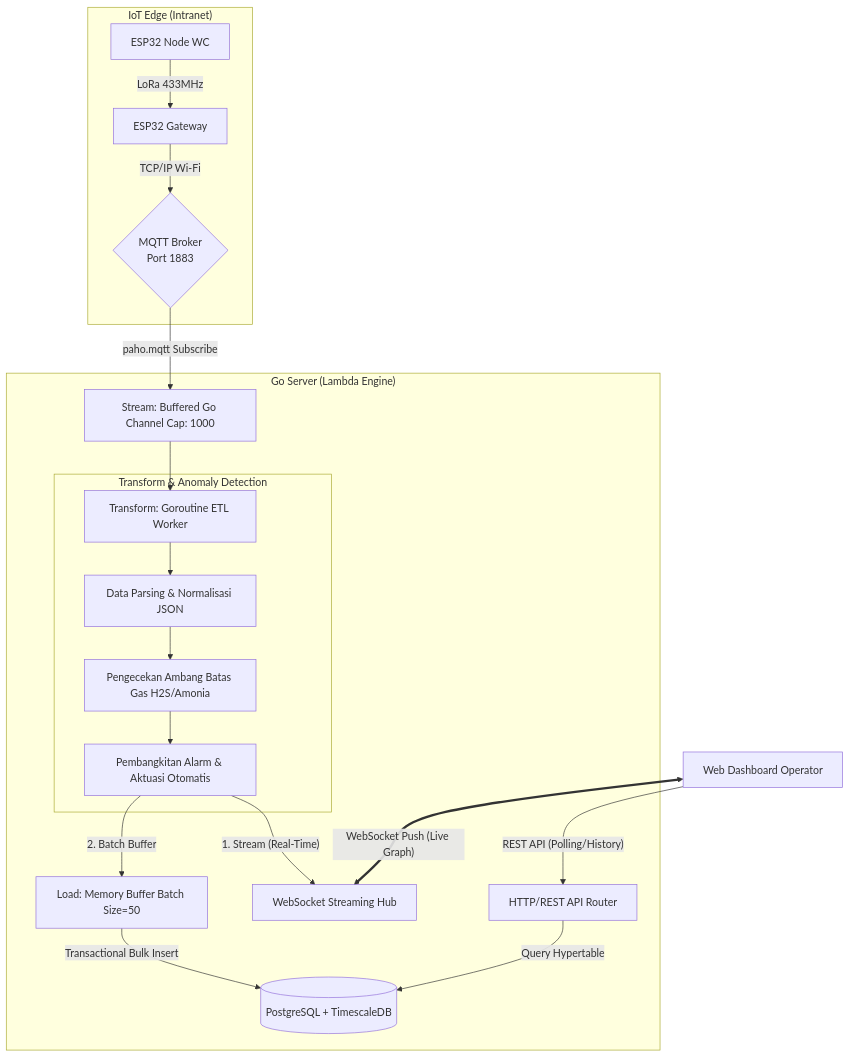
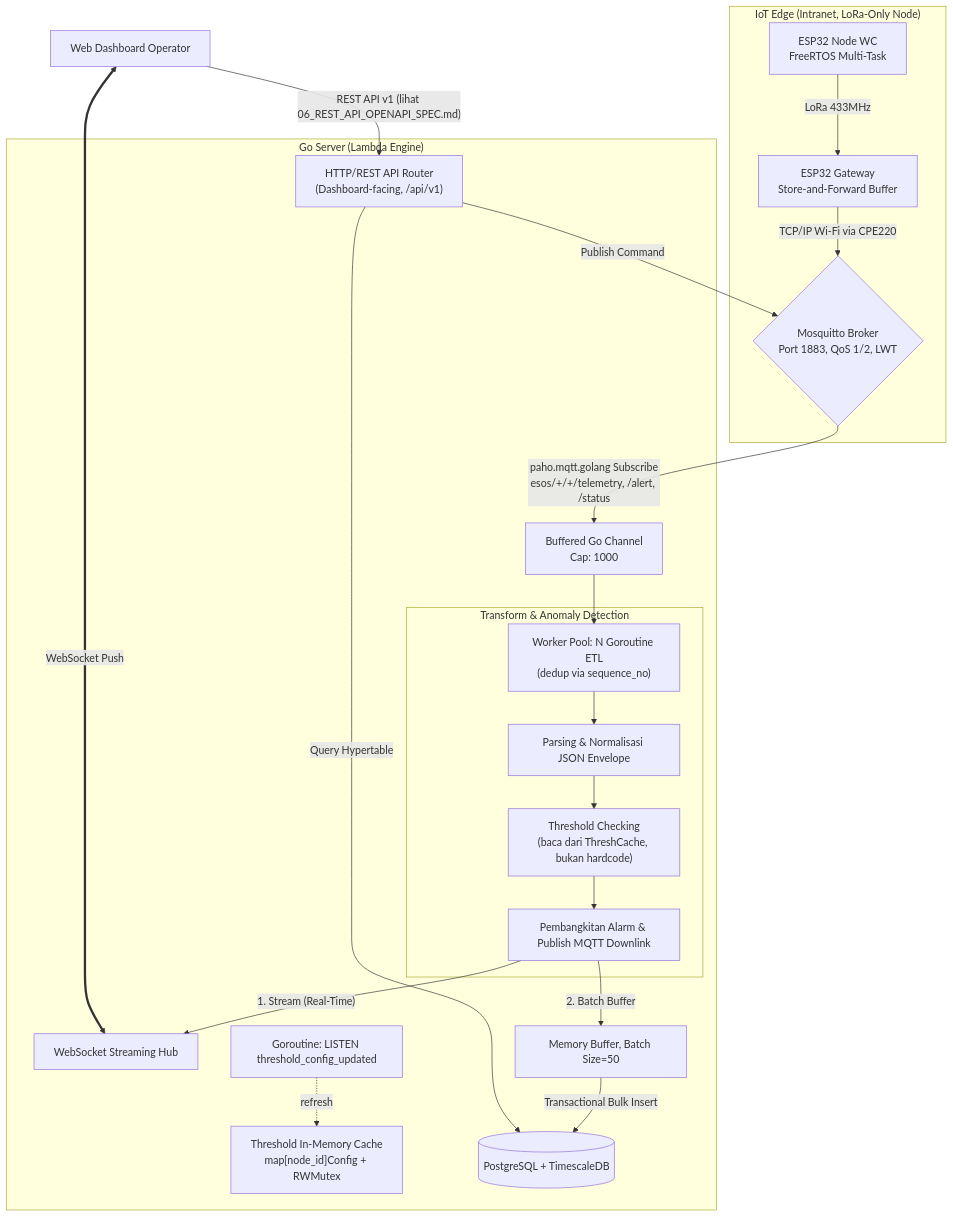
Before and after one commit to DHard4114/DESPRO-4: the first of 2 diagrams in docs/architecture/02_BACKEND_ETL_AND_API_ARCHITECTURE.md, drawn with Mermaid. The commit also changed other lines of this file and 10 other files, not shown here.

````diff
--- a/docs/architecture/02_BACKEND_ETL_AND_API_ARCHITECTURE.md
+++ b/docs/architecture/02_BACKEND_ETL_AND_API_ARCHITECTURE.md
@@ -45,29 +27,34 @@
 ```mermaid
 flowchart TD
-    subgraph IoT_Edge ["IoT Edge (Intranet)"]
-        Node["ESP32 Node WC"] -- "LoRa 433MHz" --> Gateway["ESP32 Gateway"]
-        Gateway -- "TCP/IP Wi-Fi" --> Mosquitto{"MQTT Broker<br>Port 1883"}
+    subgraph IoT_Edge ["IoT Edge (Intranet, LoRa-Only Node)"]
+        Node["ESP32 Node WC<br>FreeRTOS Multi-Task"] -- "LoRa 433MHz" --> Gateway["ESP32 Gateway<br>Store-and-Forward Buffer"]
+        Gateway -- "TCP/IP Wi-Fi via CPE220" --> Mosquitto{"Mosquitto Broker<br>Port 1883, QoS 1/2, LWT"}
     end
 
     subgraph Go_Backend ["Go Server (Lambda Engine)"]
-        Mosquitto -- "paho.mqtt Subscribe" --> InQueue["Stream: Buffered Go Channel Cap: 1000"]
-        Router["HTTP/REST API Router"]
+        Mosquitto -- "paho.mqtt.golang Subscribe<br>esos/+/+/telemetry, /alert, /status" --> InQueue["Buffered Go Channel<br>Cap: 1000"]
+        Router["HTTP/REST API Router<br>(Dashboard-facing, /api/v1)"]
         WSHub["WebSocket Streaming Hub"]
-        
-        InQueue --> Worker["Transform: Goroutine ETL Worker"]
-        
+        ThreshCache["Threshold In-Memory Cache<br>map[node_id]Config + RWMutex"]
+        PgListen["Goroutine: LISTEN threshold_config_updated"]
+
+        InQueue --> WorkerPool["Worker Pool: N Goroutine ETL<br>(dedup via sequence_no)"]
+
         subgraph TransformStage ["Transform & Anomaly Detection"]
-            Worker --> Calib["Data Parsing & Normalisasi JSON"]
-            Calib --> Anomaly["Pengecekan Ambang Batas Gas H2S/Amonia"]
-            Anomaly --> AlertGen["Pembangkitan Alarm & Aktuasi Otomatis"]
+            WorkerPool --> Calib["Parsing & Normalisasi JSON Envelope"]
+            Calib --> ThreshCheck["Threshold Checking<br>(baca dari ThreshCache, bukan hardcode)"]
+            ThreshCheck --> AlertGen["Pembangkitan Alarm & Publish MQTT Downlink"]
         end
 
+        PgListen -.refresh.-> ThreshCache
+
         AlertGen -- "1. Stream (Real-Time)" --> WSHub
-        AlertGen -- "2. Batch Buffer" --> MemBuffer["Load: Memory Buffer Batch Size=50"]
+        AlertGen -- "2. Batch Buffer" --> MemBuffer["Memory Buffer, Batch Size=50"]
         MemBuffer -- "Transactional Bulk Insert" --> DB[("PostgreSQL + TimescaleDB")]
     end
 
-    Dashboard["Web Dashboard Operator"] <== "WebSocket Push (Live Graph)" ==> WSHub
-    Dashboard -- "REST API (Polling/History)" --> Router
+    Dashboard["Web Dashboard Operator"] <== "WebSocket Push" ==> WSHub
+    Dashboard -- "REST API v1 (lihat 06_REST_API_OPENAPI_SPEC.md)" --> Router
     Router -- "Query Hypertable" --> DB
+    Router -- "Publish Command" --> Mosquitto
 ```
````
